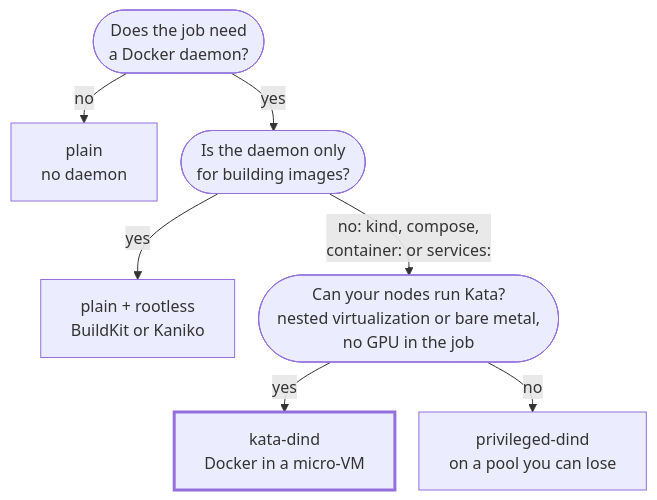
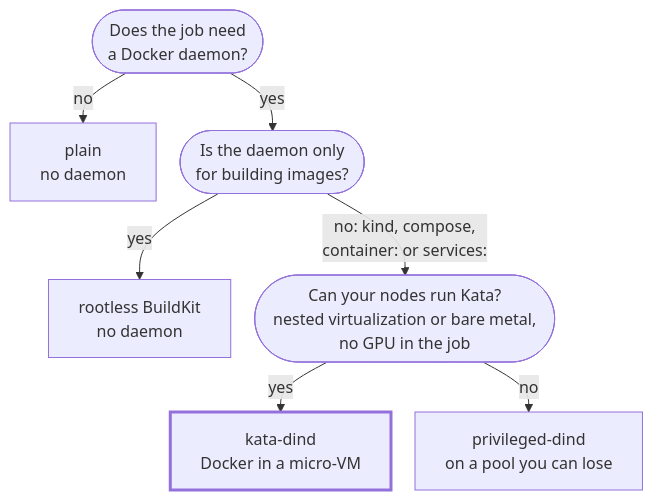
Before and after one commit to actions-gateway/github-actions-gateway: the diagram in docs/worker-isolation.md, drawn with Mermaid. The commit also changed other lines of this file, not shown here.

Commit message:
docs(site): drop Kaniko and the plain label from the rootless build path

````diff
--- a/docs/worker-isolation.md
+++ b/docs/worker-isolation.md
@@ -16,18 +16,18 @@
 ```mermaid
 %%{init: {"flowchart": {"rankSpacing": 26, "nodeSpacing": 24, "wrappingWidth": 280}}}%%
 flowchart TD
     plain["plain<br>no daemon"]
-    rootless["plain + rootless<br>BuildKit or Kaniko"]
+    rootless["rootless BuildKit<br>no daemon"]
     kata["kata-dind<br>Docker in a micro-VM"]
     priv["privileged-dind<br>on a pool you can lose"]
     q1(["Does the job need<br>a Docker daemon?"])
     q2(["Is the daemon only<br>for building images?"])
     q3(["Can your nodes run Kata?<br>nested virtualization or bare metal,<br>no GPU in the job"])
     q1 -- no --> plain
     q1 -- yes --> q2
     q2 -- yes --> rootless
     q2 -- "no: kind, compose,<br>container: or services:" --> q3
     q3 -- yes --> kata
     q3 -- no --> priv
     style kata stroke-width:3px
 ```
````
